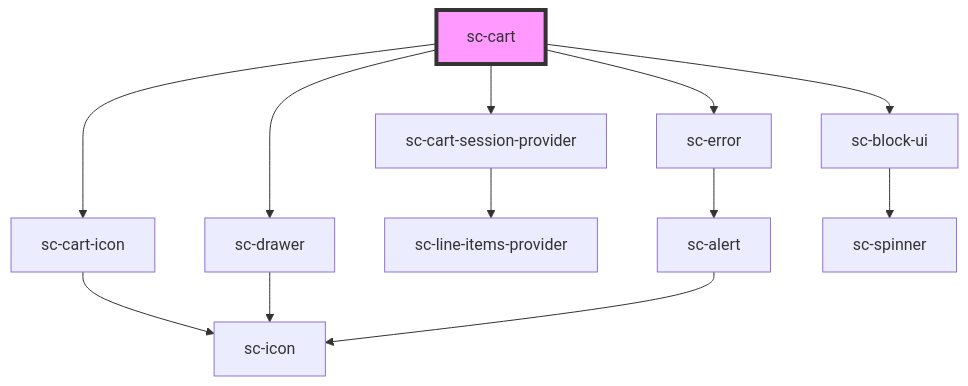
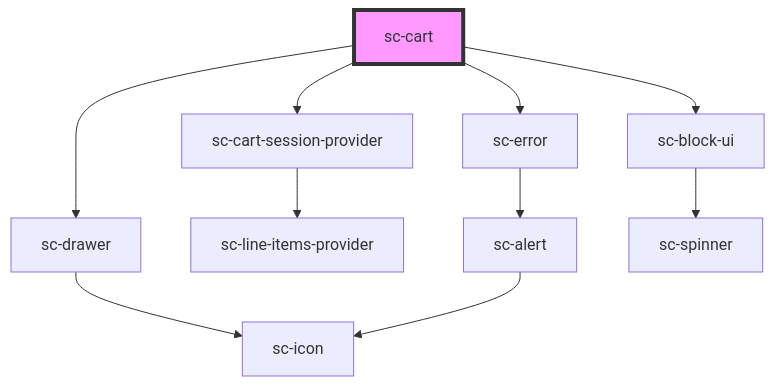
The diagram in packages/components/src/components/controllers/cart/sc-cart/readme.md (surecart/surecart-wp-plugin), drawn with Mermaid before and after one commit. The commit also changed other lines of this file and 15 other files, not shown here.

````diff
--- a/packages/components/src/components/controllers/cart/sc-cart/readme.md
+++ b/packages/components/src/components/controllers/cart/sc-cart/readme.md
@@ -33,15 +32,13 @@
 ```mermaid
 graph TD;
   sc-cart --> sc-cart-session-provider
-  sc-cart --> sc-cart-icon
   sc-cart --> sc-drawer
   sc-cart --> sc-error
   sc-cart --> sc-block-ui
   sc-cart-session-provider --> sc-line-items-provider
-  sc-cart-icon --> sc-icon
   sc-drawer --> sc-icon
   sc-error --> sc-alert
   sc-alert --> sc-icon
   sc-block-ui --> sc-spinner
   style sc-cart fill:#f9f,stroke:#333,stroke-width:4px
 ```
````
